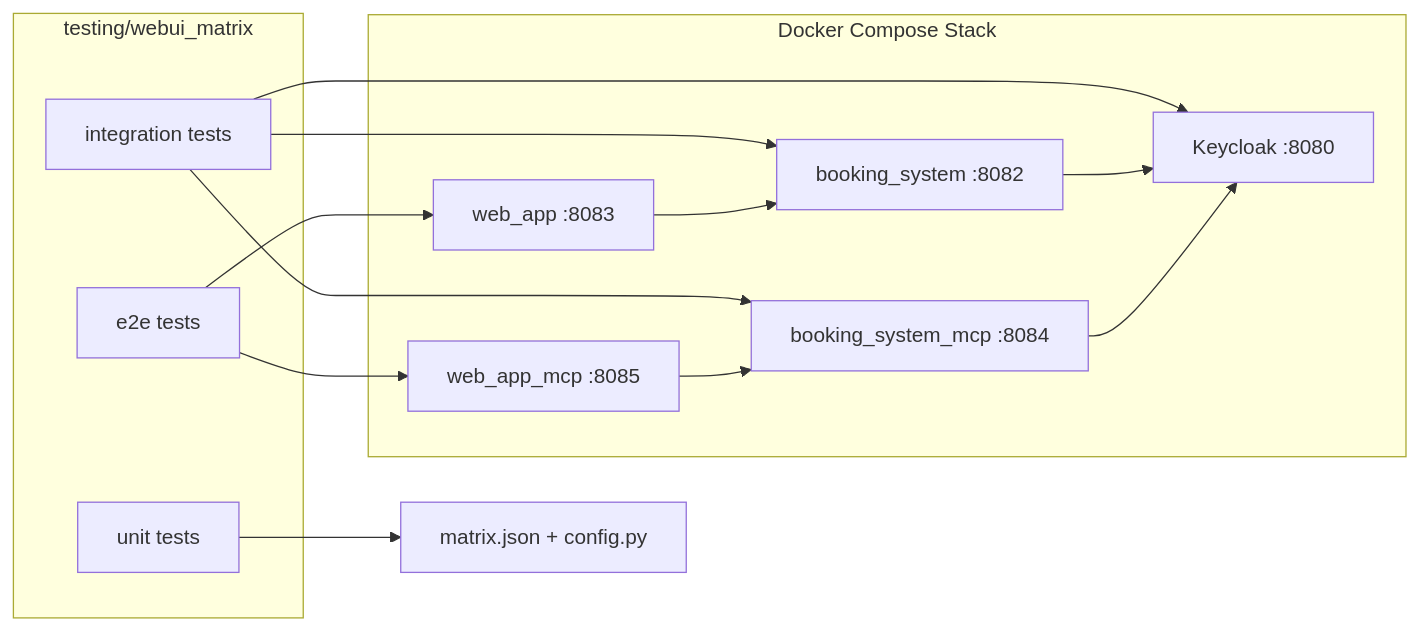
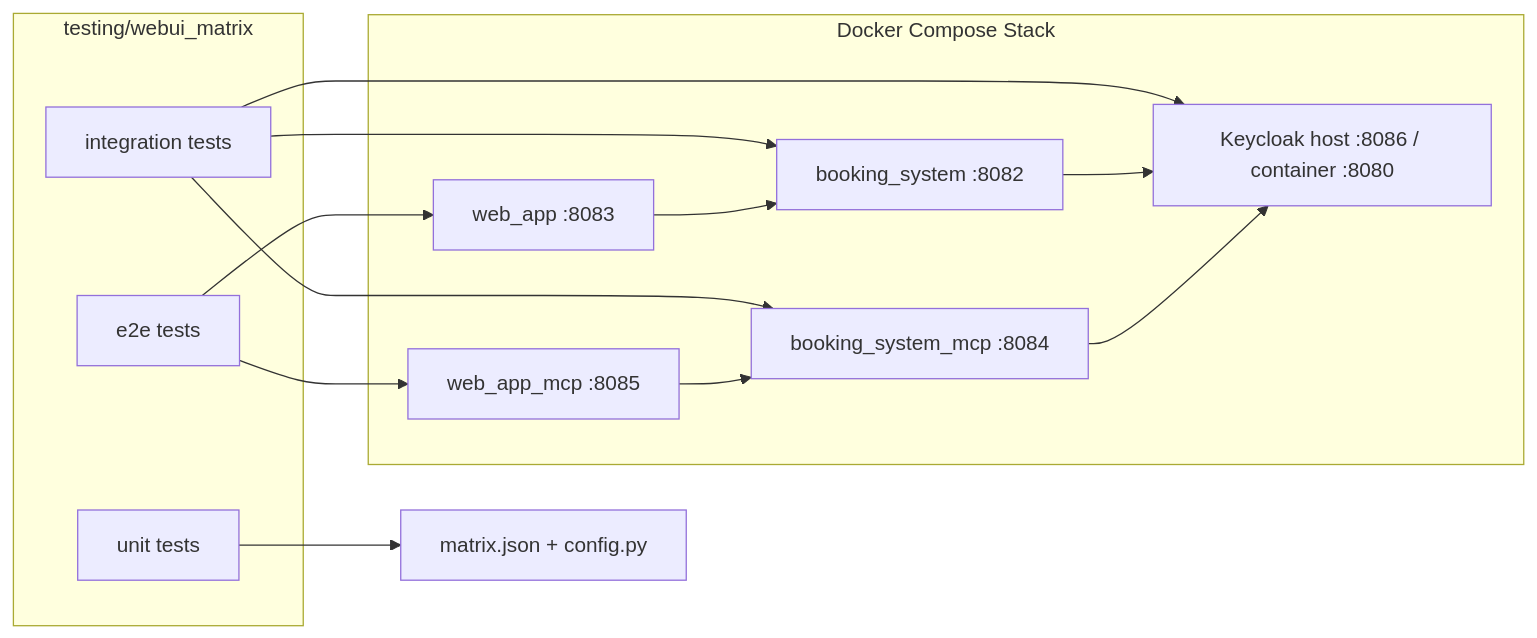
The diagram in testing/webui_matrix/README.md (thomassuedbroecker/galaxium-travels-infrastructure-tsuedbro), drawn with Mermaid before and after one commit. The commit also changed other lines of this file and 20 other files, not shown here.

````diff
--- a/testing/webui_matrix/README.md
+++ b/testing/webui_matrix/README.md
@@ -46,27 +46,27 @@
 ```mermaid
 flowchart LR
     subgraph TestRunner["testing/webui_matrix"]
         U[unit tests]
         I[integration tests]
         E[e2e tests]
     end
 
     subgraph Compose["Docker Compose Stack"]
-        KC[Keycloak :8080]
+        KC[Keycloak host :8086 / container :8080]
         REST[booking_system :8082]
         UIREST[web_app :8083]
         MCP[booking_system_mcp :8084]
         UIMCP[web_app_mcp :8085]
     end
 
     U --> Cfg[matrix.json + config.py]
     I --> KC
     I --> REST
     I --> MCP
     E --> UIREST
     E --> UIMCP
     UIREST --> REST
     UIMCP --> MCP
     REST --> KC
     MCP --> KC
 ```
````
